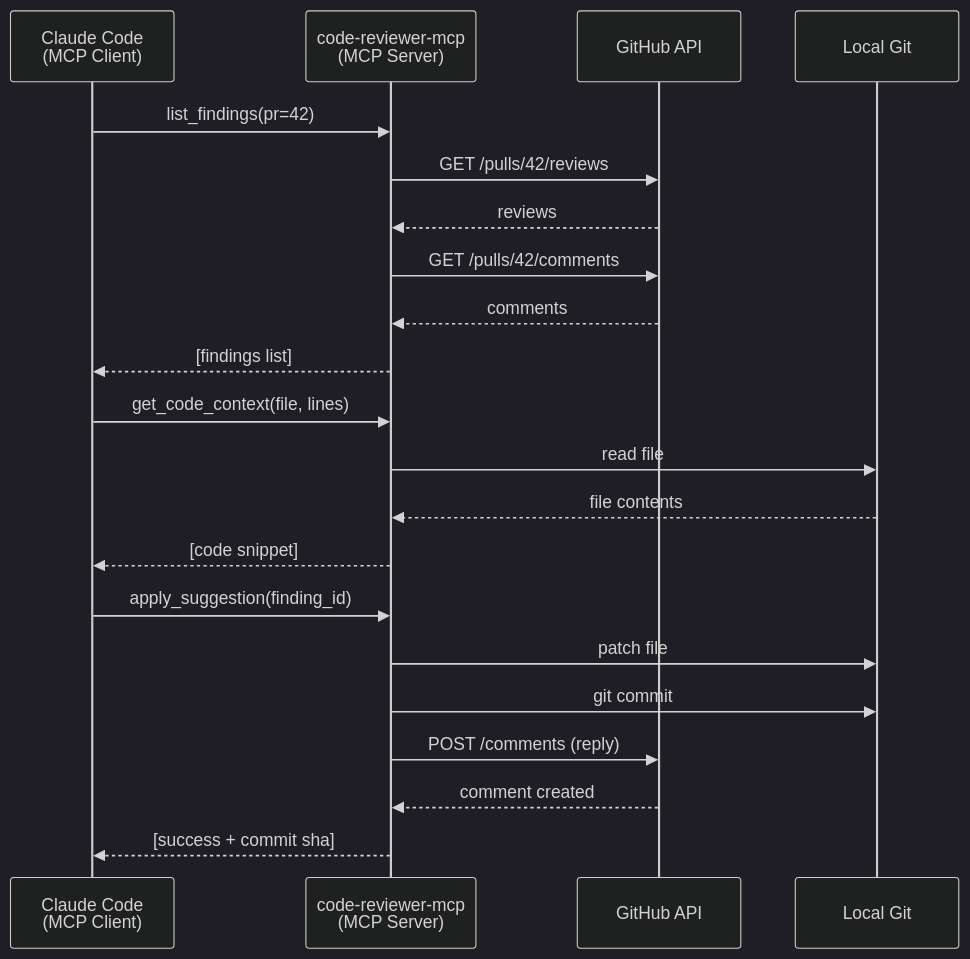
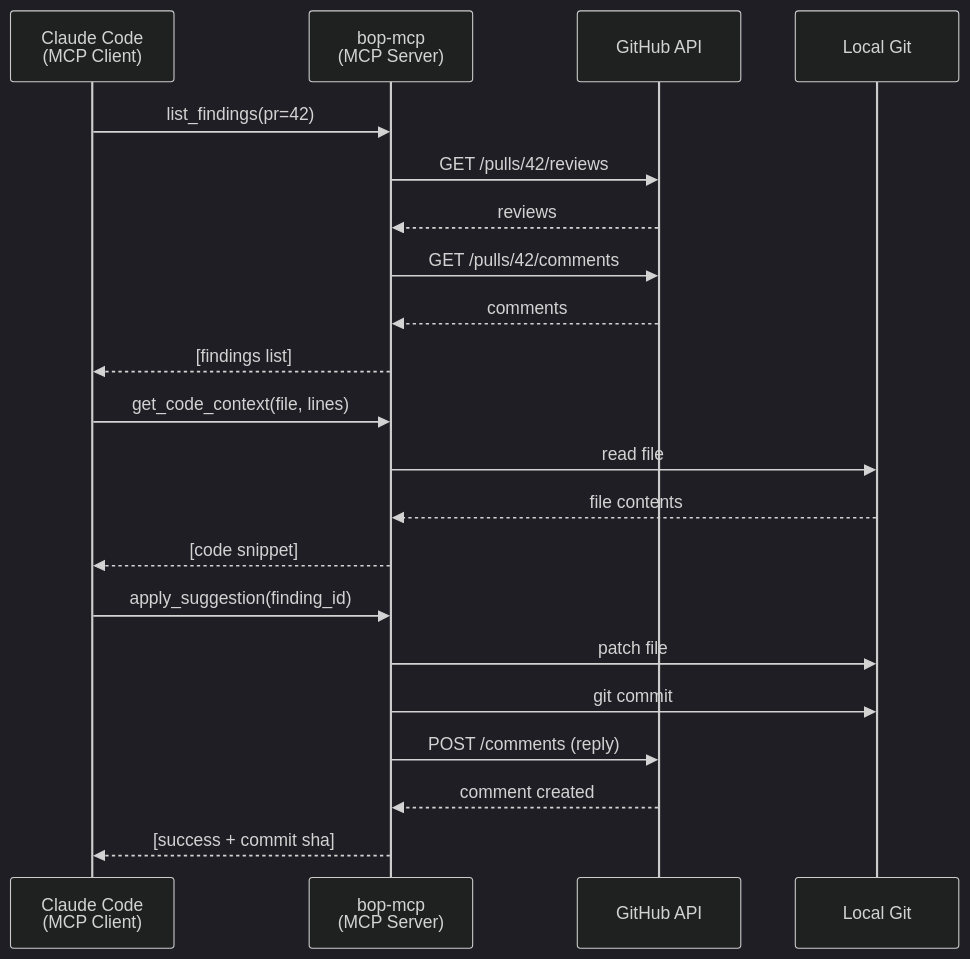
One commit to delightfulhammers/bop changed the fifth of 6 diagrams in docs/design/02-ARCHITECTURE.md. Above: the diagram before and after it, drawn with Mermaid (dark theme). The commit also changed other lines of this file and 227 other files, not shown here.

First line of the commit message:
refactor: rename project from code-reviewer to bop

````diff
--- a/docs/design/02-ARCHITECTURE.md
+++ b/docs/design/02-ARCHITECTURE.md
@@ -594,26 +594,26 @@
 ```mermaid
 sequenceDiagram
     participant CC as Claude Code<br/>(MCP Client)
-    participant MCP as code-reviewer-mcp<br/>(MCP Server)
+    participant MCP as bop-mcp<br/>(MCP Server)
     participant GH as GitHub API
     participant Git as Local Git
 
     CC->>MCP: list_findings(pr=42)
     MCP->>GH: GET /pulls/42/reviews
     GH-->>MCP: reviews
     MCP->>GH: GET /pulls/42/comments
     GH-->>MCP: comments
     MCP-->>CC: [findings list]
 
     CC->>MCP: get_code_context(file, lines)
     MCP->>Git: read file
     Git-->>MCP: file contents
     MCP-->>CC: [code snippet]
 
     CC->>MCP: apply_suggestion(finding_id)
     MCP->>Git: patch file
     MCP->>Git: git commit
     MCP->>GH: POST /comments (reply)
     GH-->>MCP: comment created
     MCP-->>CC: [success + commit sha]
 ```
````
